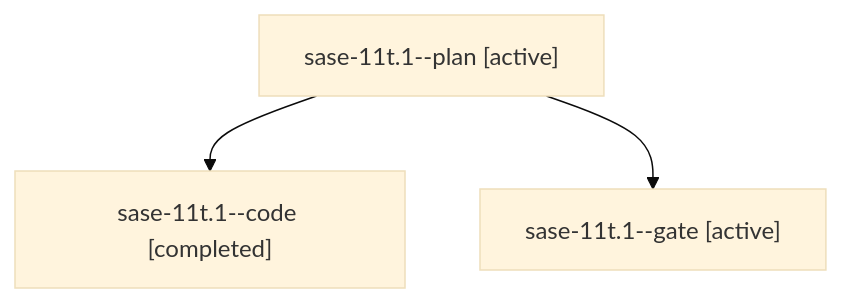
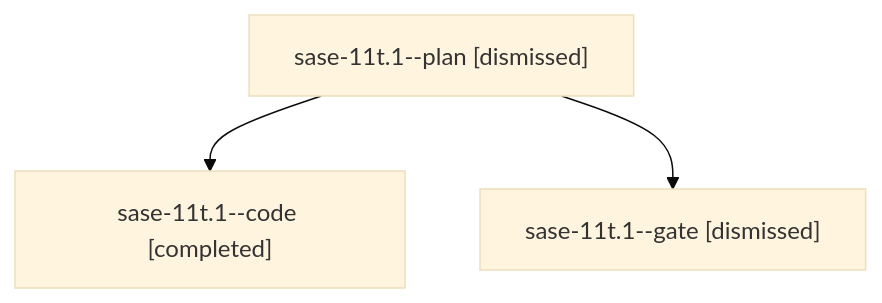
Before and after one commit to sase-org/sase--agents: the diagram in sessions/bbugyi200.athena.sase-11t.1.md, drawn with Mermaid (base theme). The commit also changed other lines of this file and 252 other files, not shown here.

````diff
--- a/sessions/bbugyi200.athena.sase-11t.1.md
+++ b/sessions/bbugyi200.athena.sase-11t.1.md
@@ -9,8 +9,8 @@
 ```mermaid
 flowchart TD
-  n0["sase-11t.1--plan [active]"]
+  n0["sase-11t.1--plan [dismissed]"]
   n1["sase-11t.1--code [completed]"]
   n0 --> n1
-  n2["sase-11t.1--gate [active]"]
+  n2["sase-11t.1--gate [dismissed]"]
   n0 --> n2
 ```
````
